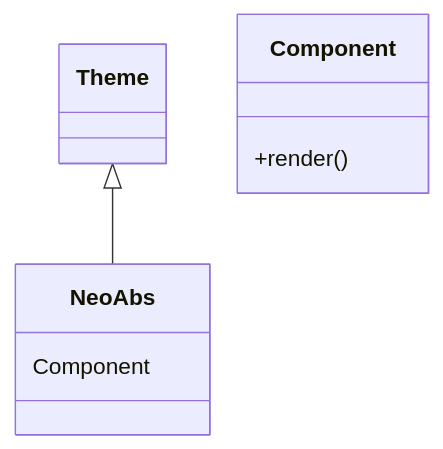
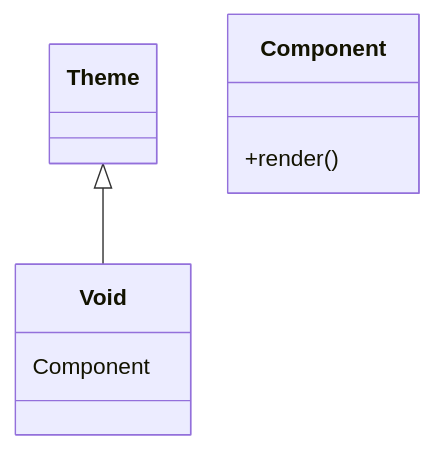
Before and after one commit to rkriad585/mkdocs-neoabs: the third of 5 diagrams in docs/components/diagrams.md, drawn with Mermaid. The commit also changed other lines of this file and 137 other files, not shown here.

````diff
--- a/docs/components/diagrams.md
+++ b/docs/components/diagrams.md
@@ -49,8 +49,8 @@
 ```mermaid
 classDiagram
     class Theme
     class Component
-    Theme <|-- NeoAbs
-    NeoAbs : Component
+    Theme <|-- Void
+    Void : Component
     Component : +render()
 ```
````
